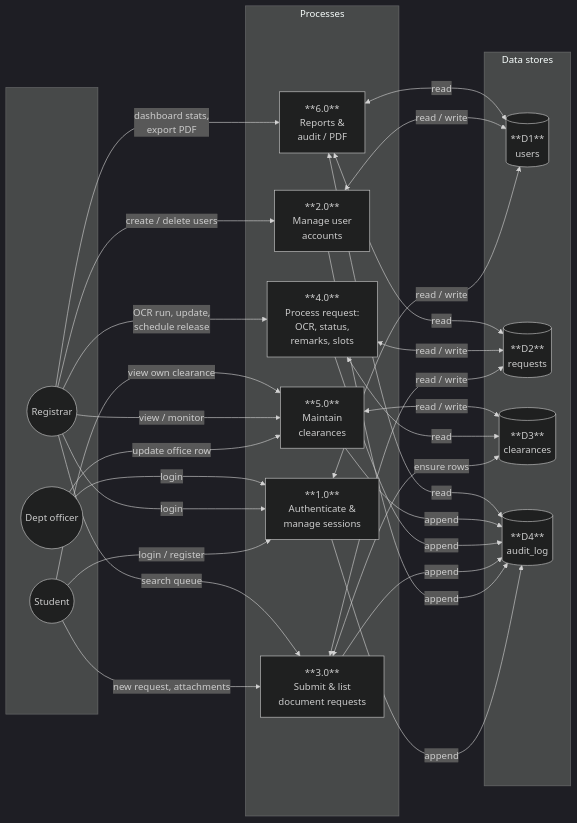
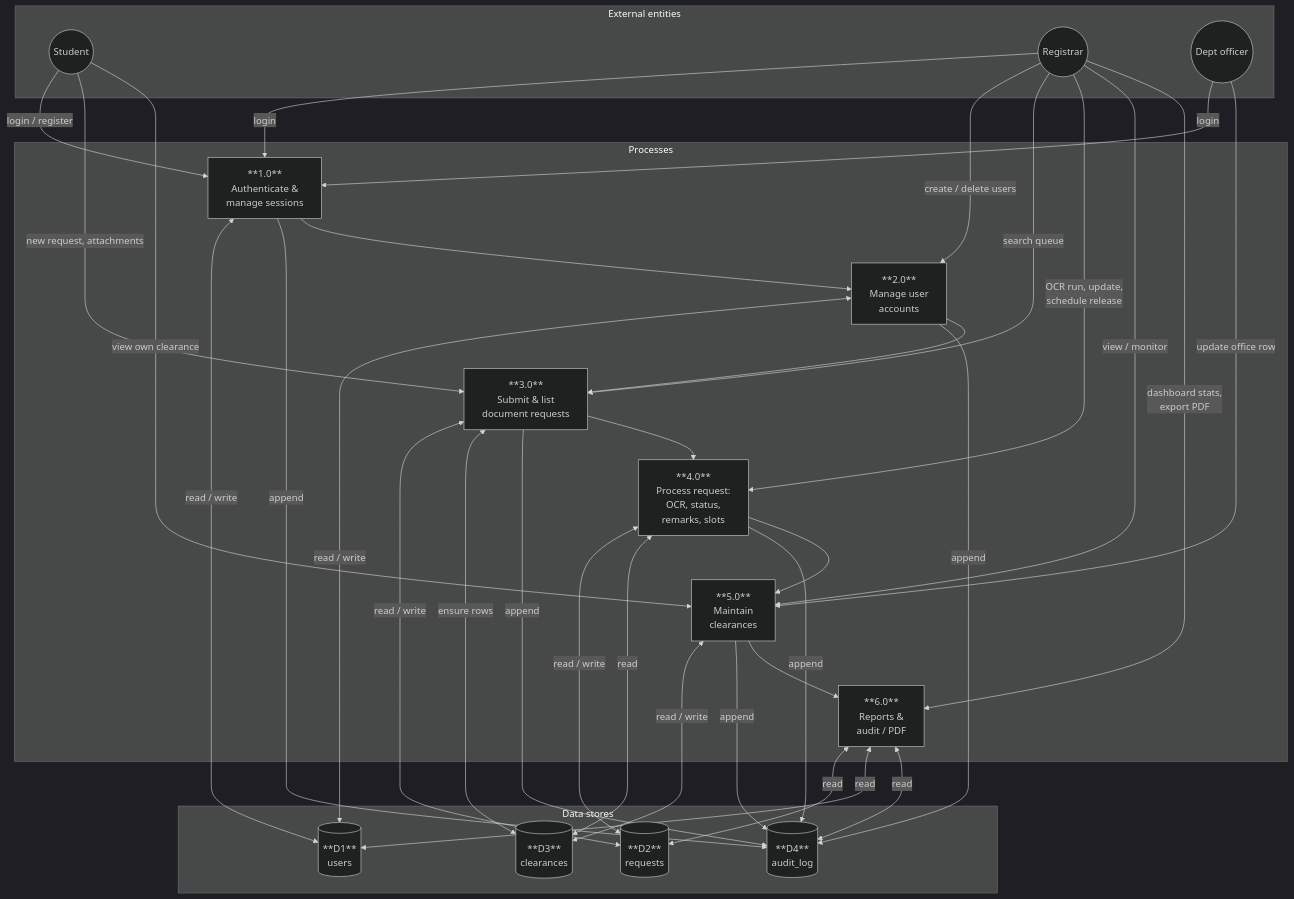
Before and after one commit to nielcabs/cca-registrar: the third of 8 diagrams in docs/SYSTEM_DIAGRAMS.md, drawn with Mermaid (dark theme). The commit also changed other lines of this file and 52 other files, not shown here.

````diff
--- a/docs/SYSTEM_DIAGRAMS.md
+++ b/docs/SYSTEM_DIAGRAMS.md
@@ -74,56 +74,62 @@
 ```mermaid
-flowchart LR
-  subgraph external[" "]
+flowchart TB
+  subgraph external["External entities"]
     S((Student))
     R((Registrar))
     O((Dept officer))
   end
 
   subgraph processes["Processes"]
     P1["**1.0**\nAuthenticate &\nmanage sessions"]
     P2["**2.0**\nManage user\naccounts"]
     P3["**3.0**\nSubmit & list\ndocument requests"]
     P4["**4.0**\nProcess request:\nOCR, status,\nremarks, slots"]
     P5["**5.0**\nMaintain\nclearances"]
     P6["**6.0**\nReports &\naudit / PDF"]
   end
 
   subgraph stores["Data stores"]
     D1[("**D1**\nusers")]
     D2[("**D2**\nrequests")]
     D3[("**D3**\nclearances")]
     D4[("**D4**\naudit_log")]
   end
 
   S -->|login / register| P1
   R -->|login| P1
   O -->|login| P1
   P1 <-->|read / write| D1
   P1 -->|append| D4
 
   R -->|create / delete users| P2
   P2 <-->|read / write| D1
   P2 -->|append| D4
 
   S -->|new request, attachments| P3
   R -->|search queue| P3
   P3 <-->|read / write| D2
   P3 <-->|ensure rows| D3
   P3 -->|append| D4
 
   R -->|OCR run, update,\nschedule release| P4
   P4 <-->|read / write| D2
   P4 <-->|read| D3
   P4 -->|append| D4
 
   O -->|update office row| P5
   R -->|view / monitor| P5
   S -->|view own clearance| P5
   P5 <-->|read / write| D3
   P5 -->|append| D4
 
   R -->|dashboard stats,\nexport PDF| P6
   P6 <-->|read| D2
   P6 <-->|read| D1
   P6 <-->|read| D4
+
+  P1 --> P2
+  P2 --> P3
+  P3 --> P4
+  P4 --> P5
+  P5 --> P6
 ```
````
